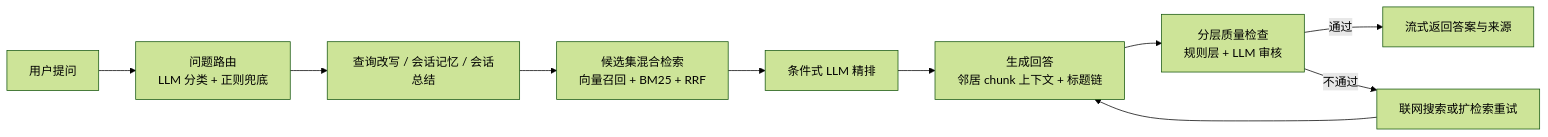
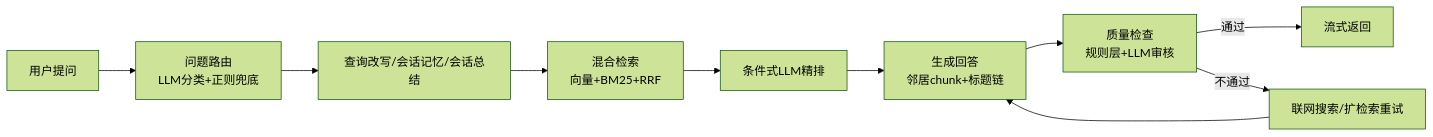
One commit to wswhhhc/KnowBase changed the diagram in README.md. Above: the diagram before and after it, drawn with Mermaid (forest theme). The commit also changed other lines of this file, not shown here.

````diff
--- a/README.md
+++ b/README.md
@@ -145,12 +178,12 @@
 ```mermaid
 flowchart LR
-    A["用户提问"] --> B["问题路由<br/>LLM 分类 + 正则兜底"]
-    B --> C["查询改写 / 会话记忆 / 会话总结"]
-    C --> D["候选集混合检索<br/>向量召回 + BM25 + RRF"]
-    D --> E["条件式 LLM 精排"]
-    E --> F["生成回答<br/>邻居 chunk 上下文 + 标题链"]
-    F --> G["分层质量检查<br/>规则层 + LLM 审核"]
-    G -->|通过| H["流式返回答案与来源"]
-    G -->|不通过| I["联网搜索或扩检索重试"]
+    A["用户提问"] --> B["问题路由<br/>LLM分类+正则兜底"]
+    B --> C["查询改写/会话记忆/会话总结"]
+    C --> D["混合检索<br/>向量+BM25+RRF"]
+    D --> E["条件式LLM精排"]
+    E --> F["生成回答<br/>邻居chunk+标题链"]
+    F --> G["质量检查<br/>规则层+LLM审核"]
+    G -->|通过| H["流式返回"]
+    G -->|不通过| I["联网搜索/扩检索重试"]
     I --> F
 ```
````
